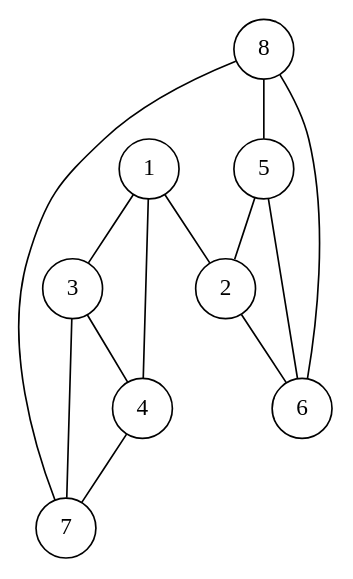
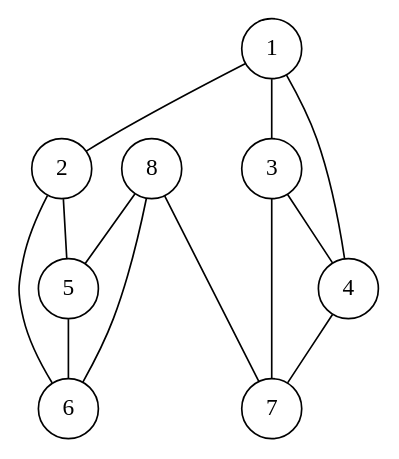
Before and after one commit to matthael/teoria-grafos: the diagram in aulas/aula01/grafo_nao_orientado.dot, drawn with Graphviz. The commit also changed 1 other file, not shown here.

```diff
--- a/aulas/aula01/grafo_nao_orientado.dot
+++ b/aulas/aula01/grafo_nao_orientado.dot
@@ -1,22 +1,22 @@
 graph G1 {
-    1 [shape=circle]
-    2 [shape=circle]
-    3 [shape=circle]
-    4 [shape=circle]
-    5 [shape=circle]
-    6 [shape=circle]
-    7 [shape=circle]
-    8 [shape=circle]
+    1 [shape = "circle"]
+    2 [shape = "circle"]
+    3 [shape = "circle"]
+    4 [shape = "circle"]
+    5 [shape = "circle"]
+    6 [shape = "circle"]
+    7 [shape = "circle"]
+    8 [shape = "circle"]
     1 -- 2
     1 -- 3
     1 -- 4
+    2 -- 5
     2 -- 6
     3 -- 4
     3 -- 7
     4 -- 7
-    5 -- 2
     5 -- 6
     8 -- 5
     8 -- 6
-    8 -- 7 
+    8 -- 7
 }
```
